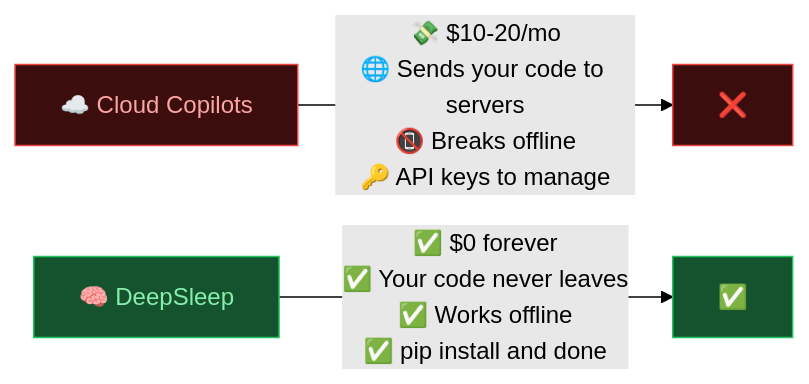
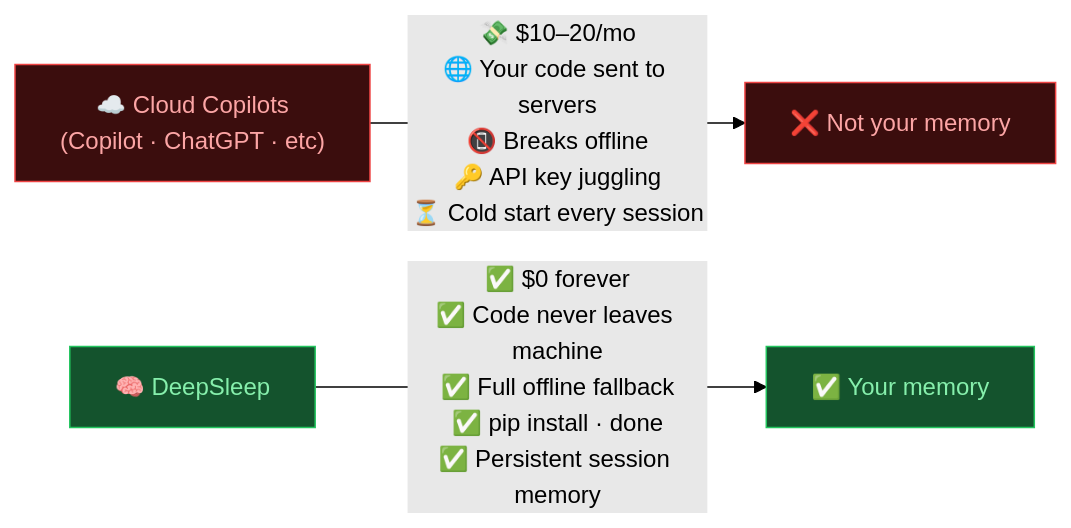
The sixth of 6 diagrams in README.md (Keshavsharma-code/DeepSleep-beta), drawn with Mermaid (forest theme) before and after one commit. The commit also changed other lines of this file and 8 other files, not shown here.

````diff
--- a/README.md
+++ b/README.md
@@ -201,10 +385,10 @@
 ```mermaid
 graph LR
-    A["☁️ Cloud Copilots"] -->|"💸 $10-20/mo\n🌐 Sends your code to servers\n📵 Breaks offline\n🔑 API keys to manage"| X["❌"]
-    B["🧠 DeepSleep"] -->|"✅ $0 forever\n✅ Your code never leaves\n✅ Works offline\n✅ pip install and done"| Y["✅"]
+    A["☁️ Cloud Copilots\n(Copilot · ChatGPT · etc)"] -->|"💸 $10–20/mo\n🌐 Your code sent to servers\n📵 Breaks offline\n🔑 API key juggling\n⏳ Cold start every session"| X["❌ Not your memory"]
+    B["🧠 DeepSleep"] -->|"✅ $0 forever\n✅ Code never leaves machine\n✅ Full offline fallback\n✅ pip install · done\n✅ Persistent session memory"| Y["✅ Your memory"]
 
     style A fill:#3b0d0d,color:#fca5a5,stroke:#ef4444
     style B fill:#14532d,color:#86efac,stroke:#22c55e
     style X fill:#3b0d0d,color:#fca5a5,stroke:#ef4444
     style Y fill:#14532d,color:#86efac,stroke:#22c55e
 ```
````
